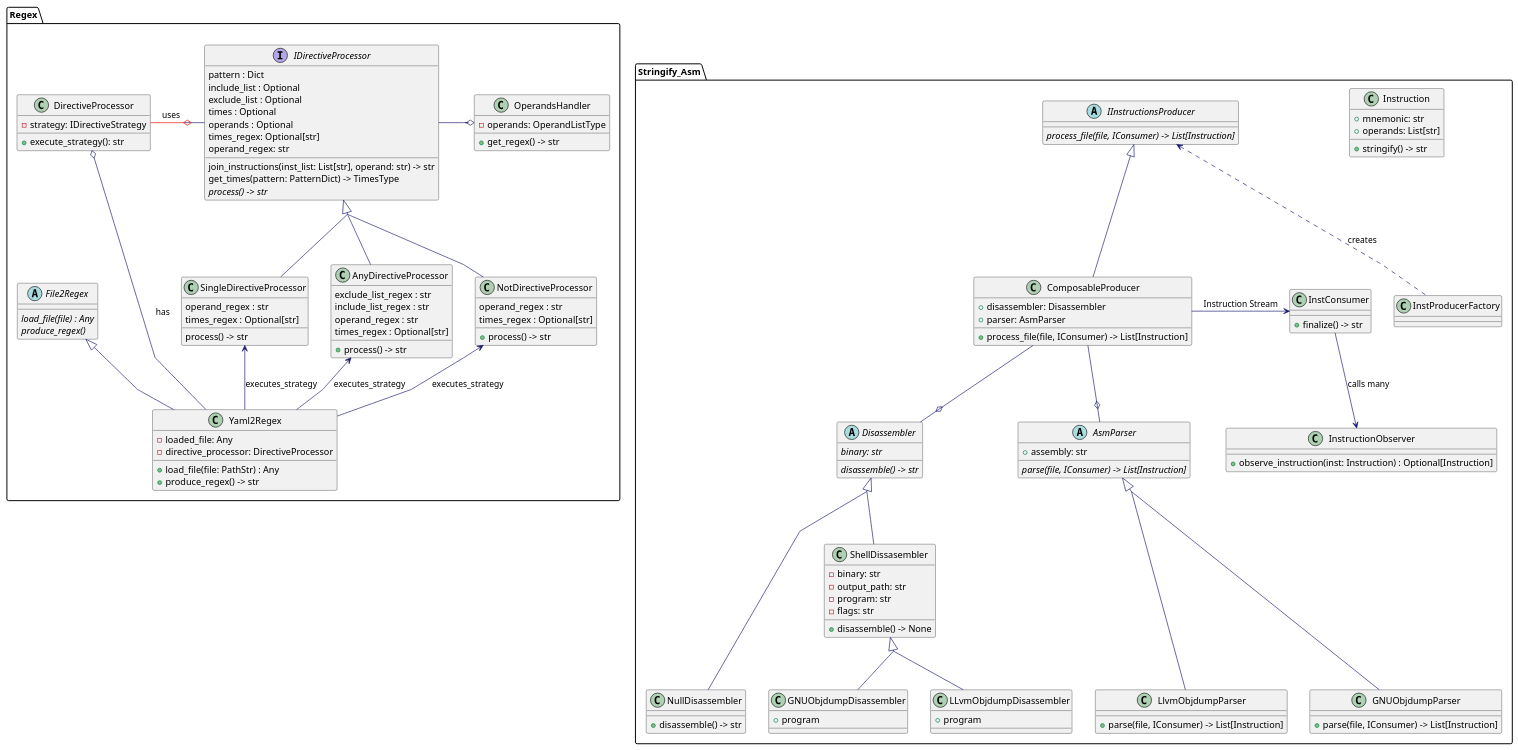
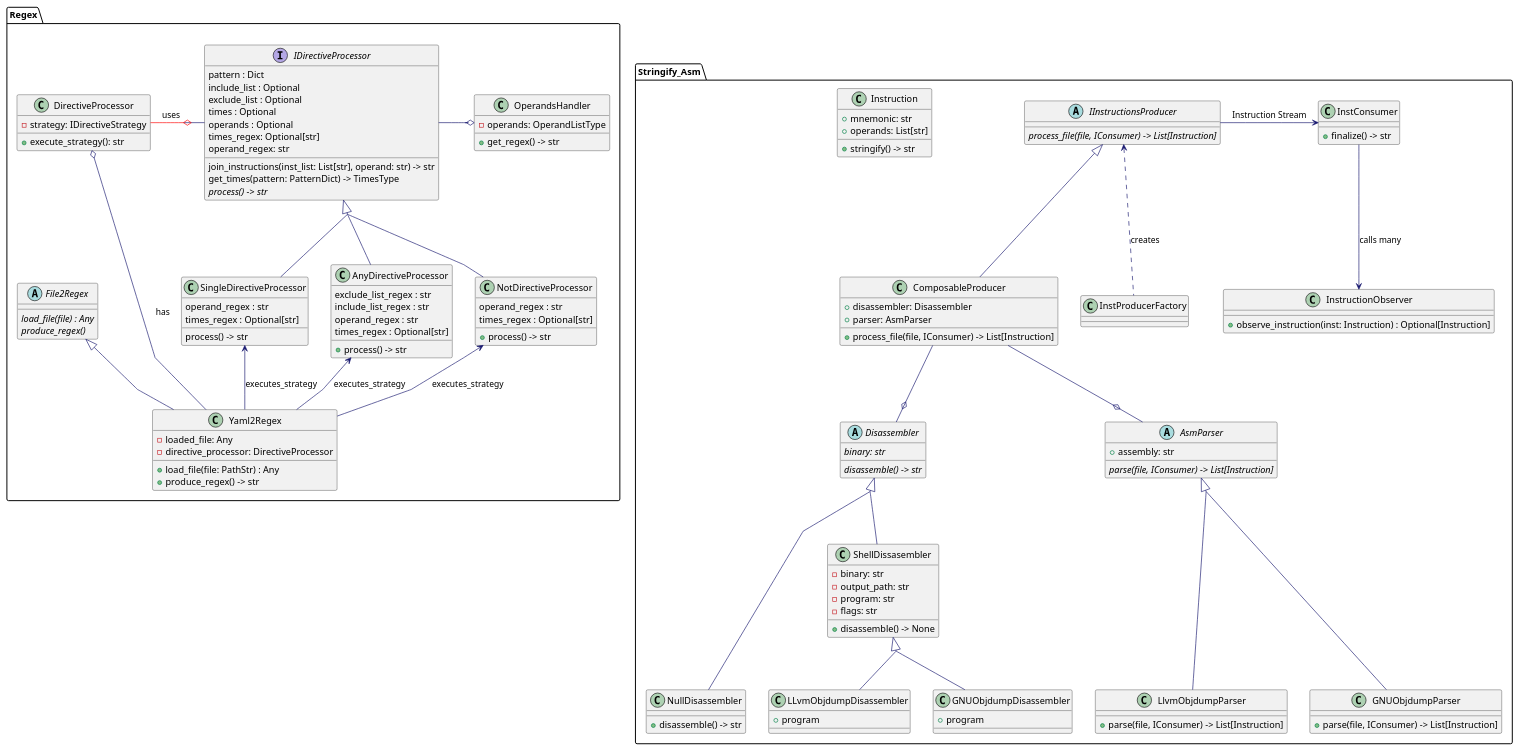
One commit to JukMR/JASM changed the diagram in design/diagram_class.puml. Above: the diagram before and after it, drawn with PlantUML.

Commit message:
Relate IInstructionsProducer with InstConsumer instead of ComposableProducer

```diff
--- a/design/diagram_class.puml
+++ b/design/diagram_class.puml
@@ -1,186 +1,186 @@
 @startuml diagram_class
 
 skinparam linetype polyline
 skinparam classFontName Helvetica
 skinparam ClassFontSize 14
 skinparam ArrowColor MidnightBlue
 skinparam groupInheritance 2
 
 
 skinparam class {
 
 }
 
 package "Stringify_Asm" {
 
     class Instruction {
         + mnemonic: str
         + operands: List[str]
         + stringify() -> str
     }
 
     class InstructionObserver {
         + observe_instruction(inst: Instruction) : Optional[Instruction]
     }
 
     abstract class Disassembler {
         {abstract} binary: str
         {abstract} disassemble() -> str
     }
 
     class GNUObjdumpDisassembler {
         + program
     }
 
     class LLvmObjdumpDisassembler {
         + program
     }
 
     class NullDisassembler {
         + disassemble() -> str
     }
 
     abstract class AsmParser {
         + assembly: str
         {abstract} parse(file, IConsumer) -> List[Instruction]
     }
 
     class LlvmObjdumpParser {
         + parse(file, IConsumer) -> List[Instruction]
     }
 
     abstract class IInstructionsProducer {
         {abstract} process_file(file, IConsumer) -> List[Instruction]
     }
 
     class ComposableProducer {
         + disassembler: Disassembler
         + parser: AsmParser
         + process_file(file, IConsumer) -> List[Instruction]
     }
 
     class GNUObjdumpParser {
         + parse(file, IConsumer) -> List[Instruction]
     }
 
     class ShellDissasembler {
         - binary: str
         - output_path: str
         - program: str
         - flags: str
         + disassemble() -> None
     }
 
     class InstConsumer {
         + finalize() -> str
     }
 
     class InstProducerFactory {
 
     }
 }
 
 package "Regex" {
 
     abstract class File2Regex {
         {abstract} load_file(file) : Any
         {abstract} produce_regex()
     }
 
     class Yaml2Regex {
         - loaded_file: Any
         - directive_processor: DirectiveProcessor
         + load_file(file: PathStr) : Any
         + produce_regex() -> str
     }
 
     class OperandsHandler {
         - operands: OperandListType
         + get_regex() -> str
     }
 
     class DirectiveProcessor {
         - strategy: IDirectiveStrategy
         + execute_strategy(): str
     }
 
     interface IDirectiveProcessor {
         pattern : Dict
         include_list : Optional
         exclude_list : Optional
         times : Optional
         operands : Optional
         times_regex: Optional[str]
         operand_regex: str
 
         join_instructions(inst_list: List[str], operand: str) -> str
         get_times(pattern: PatternDict) -> TimesType
         {abstract}process() -> str
     }
 
 
     class AnyDirectiveProcessor {
         exclude_list_regex : str
         include_list_regex : str
         operand_regex : str
         times_regex : Optional[str]
 
         + process() -> str
     }
 
     class NotDirectiveProcessor {
         operand_regex : str
         times_regex : Optional[str]
 
         + process() -> str
     }
 
     class SingleDirectiveProcessor {
         operand_regex : str
         times_regex : Optional[str]
 
         process() -> str
     }
 
 
 
 }
 
 ' Strategy Pattern Relationships
 DirectiveProcessor -[#red,thickness=1]o IDirectiveProcessor: uses
 IDirectiveProcessor  <|-- AnyDirectiveProcessor
 IDirectiveProcessor  <|-- SingleDirectiveProcessor
 IDirectiveProcessor  <|-- NotDirectiveProcessor
 
 Yaml2Regex --up> AnyDirectiveProcessor : executes_strategy
 Yaml2Regex --up> SingleDirectiveProcessor : executes_strategy
 Yaml2Regex --up> NotDirectiveProcessor : executes_strategy
 Yaml2Regex --o DirectiveProcessor: has
 
 
 IDirectiveProcessor -o OperandsHandler
 
 
 File2Regex <|-- Yaml2Regex
 
 
 
 AsmParser <|--- GNUObjdumpParser
 AsmParser <|--- LlvmObjdumpParser
 
 Disassembler <|-- ShellDissasembler
 ShellDissasembler <|-- GNUObjdumpDisassembler
 ShellDissasembler <|-- LLvmObjdumpDisassembler
 Disassembler <|--- NullDisassembler
 
 IInstructionsProducer <|-- ComposableProducer
 ComposableProducer --o Disassembler
 ComposableProducer --o AsmParser
 
 IInstructionsProducer <.. InstProducerFactory :creates
 
 
-ComposableProducer -> InstConsumer : Instruction Stream
+IInstructionsProducer -> InstConsumer : Instruction Stream
 
 InstConsumer --> InstructionObserver : calls many
 @enduml
```
